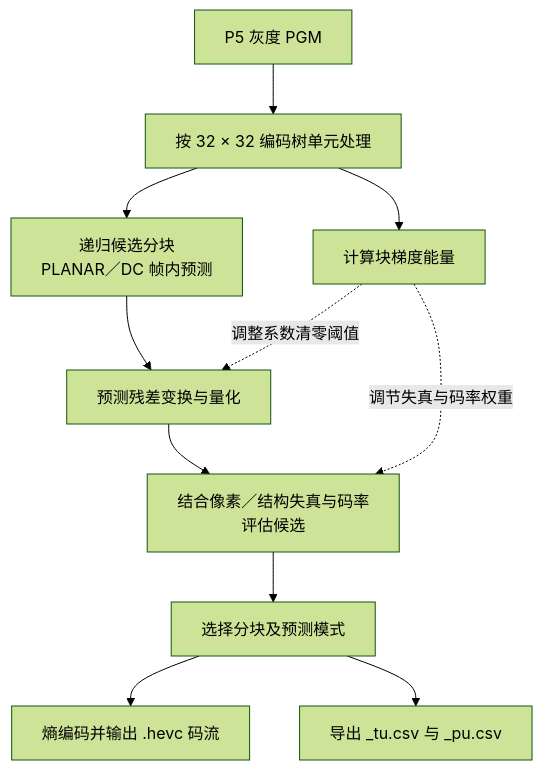
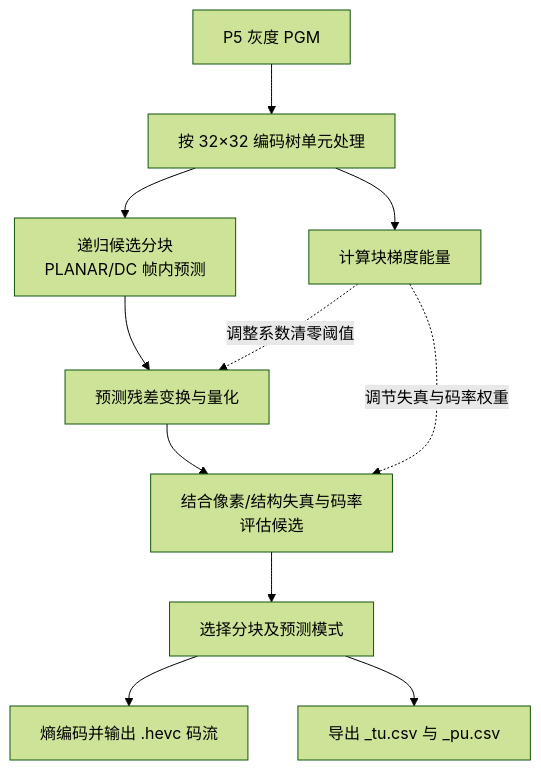
Before and after one commit to LumaVistaLab/hevc-ksvd-mamba-for-ultrasound: the third of 7 diagrams in README_zh-CN.md, drawn with Mermaid (forest theme). The commit also changed other lines of this file and 3 other files, not shown here.

````diff
--- a/README_zh-CN.md
+++ b/README_zh-CN.md
@@ -161,13 +161,13 @@
 ```mermaid
 flowchart TD
-    PGM["P5 灰度 PGM"] --> CTU["按 32 × 32 编码树单元处理"]
-    CTU --> Candidates["递归候选分块<br/>PLANAR／DC 帧内预测"]
+    PGM["P5 灰度 PGM"] --> CTU["按 32×32 编码树单元处理"]
+    CTU --> Candidates["递归候选分块<br/>PLANAR/DC 帧内预测"]
     Candidates --> Transform["预测残差变换与量化"]
     CTU --> Gradient["计算块梯度能量"]
     Gradient -.->|调整系数清零阈值| Transform
-    Transform --> Cost["结合像素／结构失真与码率<br/>评估候选"]
+    Transform --> Cost["结合像素/结构失真与码率<br/>评估候选"]
     Gradient -.->|调节失真与码率权重| Cost
     Cost --> Select["选择分块及预测模式"]
     Select --> Bitstream["熵编码并输出 .hevc 码流"]
     Select --> Arrays["导出 _tu.csv 与 _pu.csv"]
 ```
````
